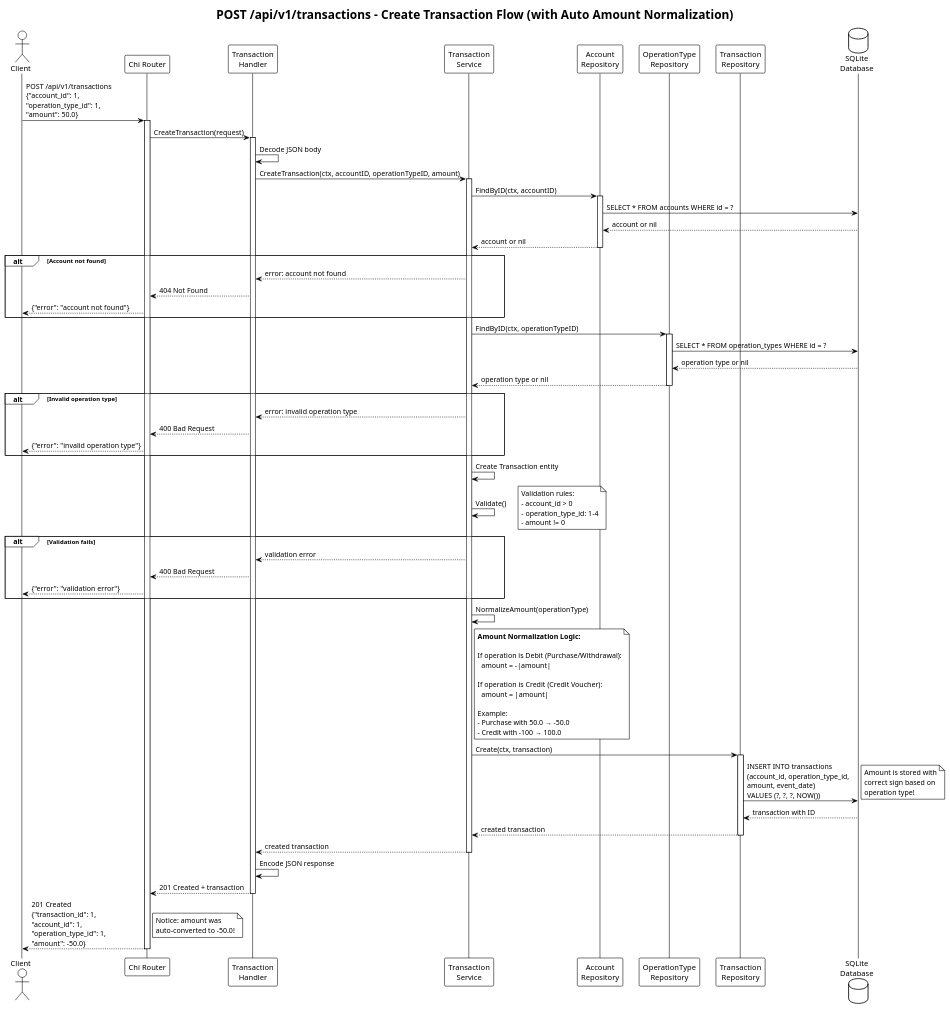
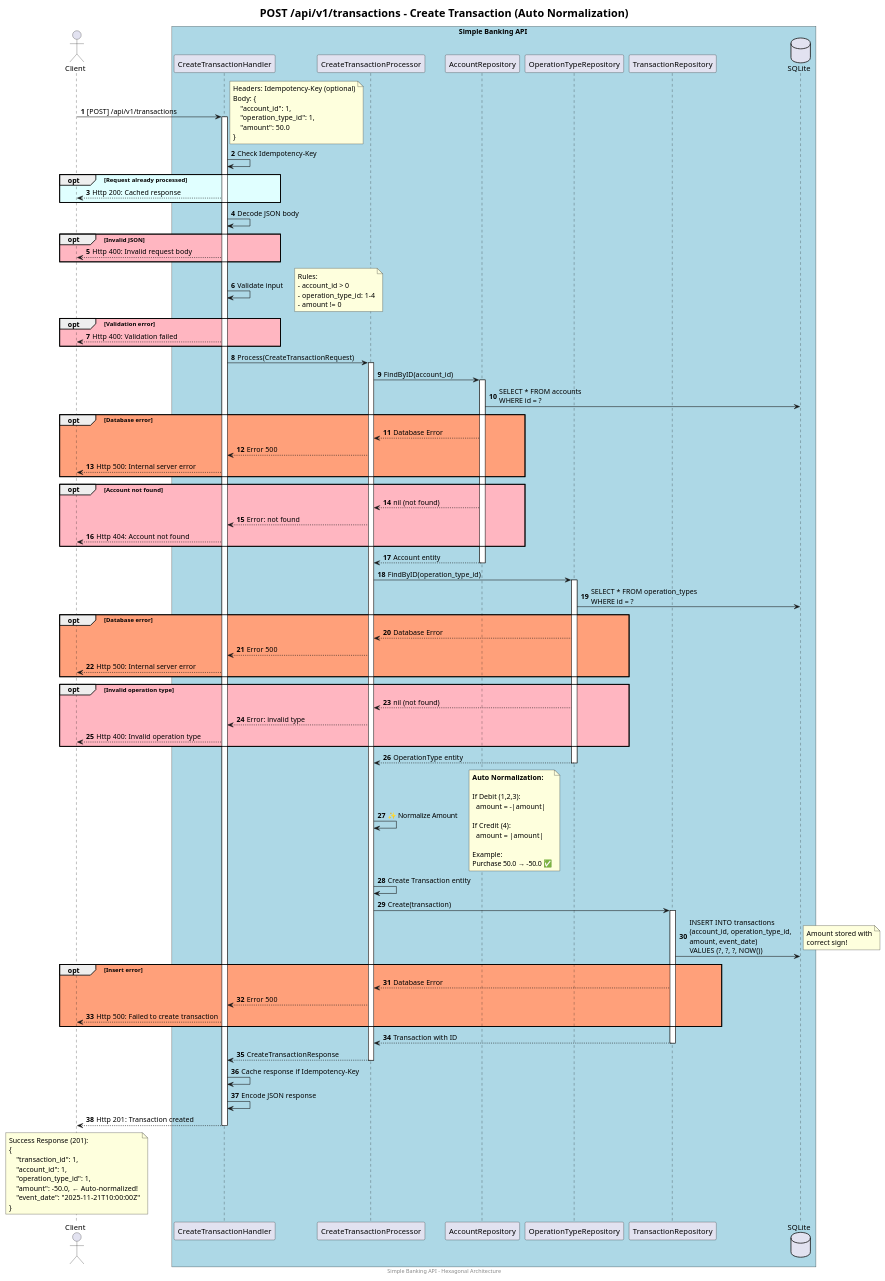
Before and after one commit to larissamartinsss/simple-banking-api: the diagram in docs/sequence-diagrams/endpoint-create-transaction.puml, drawn with PlantUML. The commit also changed 8 other files, not shown here.

Commit message:
update diagrams and generated image

```diff
--- a/docs/sequence-diagrams/endpoint-create-transaction.puml
+++ b/docs/sequence-diagrams/endpoint-create-transaction.puml
@@ -1,110 +1,144 @@
 @startuml create-transaction-sequence
-!theme plain
-title POST /api/v1/transactions - Create Transaction Flow (with Auto Amount Normalization)
+footer Simple Banking API - Hexagonal Architecture
+title <size:20>POST /api/v1/transactions - Create Transaction (Auto Normalization)</size>
+
+autonumber
 
 actor Client
-participant "Chi Router" as Router
-participant "Transaction\nHandler" as Handler
-participant "Transaction\nService" as Service
-participant "Account\nRepository" as AccRepo
-participant "OperationType\nRepository" as OpRepo
-participant "Transaction\nRepository" as TxRepo
-database "SQLite\nDatabase" as DB
 
-Client -> Router: POST /api/v1/transactions\n{"account_id": 1,\n"operation_type_id": 1,\n"amount": 50.0}
-activate Router
+box Simple Banking API #lightblue
+    participant "CreateTransactionHandler" as Handler
+    participant "CreateTransactionProcessor" as Processor
+    participant "AccountRepository" as AccRepo
+    participant "OperationTypeRepository" as OpRepo
+    participant "TransactionRepository" as TxRepo
+    database SQLite
+end box
 
-Router -> Handler: CreateTransaction(request)
+Client -> Handler: [POST] /api/v1/transactions
+note right
+    Headers: Idempotency-Key (optional)
+    Body: {
+        "account_id": 1,
+        "operation_type_id": 1,
+        "amount": 50.0
+    }
+end note
+
 activate Handler
 
-Handler -> Handler: Decode JSON body
-Handler -> Service: CreateTransaction(ctx, accountID, operationTypeID, amount)
-activate Service
+    Handler -> Handler: Check Idempotency-Key
+    opt #LightCyan Request already processed
+        Client <-- Handler: Http 200: Cached response
+    end
 
-' Validate Account
-Service -> AccRepo: FindByID(ctx, accountID)
-activate AccRepo
-AccRepo -> DB: SELECT * FROM accounts WHERE id = ?
-DB --> AccRepo: account or nil
-AccRepo --> Service: account or nil
-deactivate AccRepo
+    Handler -> Handler: Decode JSON body
+    opt #LightPink Invalid JSON
+        Client <-- Handler: Http 400: Invalid request body
+    end
 
-alt Account not found
-    Service --> Handler: error: account not found
-    Handler --> Router: 404 Not Found
-    Router --> Client: {"error": "account not found"}
-end
+    Handler -> Handler: Validate input
+    note right
+        Rules:
+        - account_id > 0
+        - operation_type_id: 1-4
+        - amount != 0
+    end note
+    
+    opt #LightPink Validation error
+        Client <-- Handler: Http 400: Validation failed
+    end
 
-' Validate Operation Type
-Service -> OpRepo: FindByID(ctx, operationTypeID)
-activate OpRepo
-OpRepo -> DB: SELECT * FROM operation_types WHERE id = ?
-DB --> OpRepo: operation type or nil
-OpRepo --> Service: operation type or nil
-deactivate OpRepo
+    Handler -> Processor: Process(CreateTransactionRequest)
+    activate Processor
 
-alt Invalid operation type
-    Service --> Handler: error: invalid operation type
-    Handler --> Router: 400 Bad Request
-    Router --> Client: {"error": "invalid operation type"}
-end
+        Processor -> AccRepo: FindByID(account_id)
+        activate AccRepo
+            AccRepo -> SQLite: SELECT * FROM accounts\nWHERE id = ?
+            
+            opt #LightSalmon Database error
+                Processor <-- AccRepo: Database Error
+                Handler <-- Processor: Error 500
+                Client <-- Handler: Http 500: Internal server error
+            end
+            
+            opt #LightPink Account not found
+                Processor <-- AccRepo: nil (not found)
+                Handler <-- Processor: Error: not found
+                Client <-- Handler: Http 404: Account not found
+            end
+            
+            Processor <-- AccRepo: Account entity
+        deactivate AccRepo
 
-' Create and Validate Transaction
-Service -> Service: Create Transaction entity
-Service -> Service: Validate()
-note right
-  Validation rules:
-  - account_id > 0
-  - operation_type_id: 1-4
-  - amount != 0
+        Processor -> OpRepo: FindByID(operation_type_id)
+        activate OpRepo
+            OpRepo -> SQLite: SELECT * FROM operation_types\nWHERE id = ?
+            
+            opt #LightSalmon Database error
+                Processor <-- OpRepo: Database Error
+                Handler <-- Processor: Error 500
+                Client <-- Handler: Http 500: Internal server error
+            end
+            
+            opt #LightPink Invalid operation type
+                Processor <-- OpRepo: nil (not found)
+                Handler <-- Processor: Error: invalid type
+                Client <-- Handler: Http 400: Invalid operation type
+            end
+            
+            Processor <-- OpRepo: OperationType entity
+        deactivate OpRepo
+
+        Processor -> Processor: ✨ Normalize Amount
+        note right
+            **Auto Normalization:**
+            
+            If Debit (1,2,3):
+              amount = -|amount|
+            
+            If Credit (4):
+              amount = |amount|
+            
+            Example:
+            Purchase 50.0 → -50.0 ✅
+        end note
+
+        Processor -> Processor: Create Transaction entity
+
+        Processor -> TxRepo: Create(transaction)
+        activate TxRepo
+            TxRepo -> SQLite: INSERT INTO transactions\n(account_id, operation_type_id,\namount, event_date)\nVALUES (?, ?, ?, NOW())
+            note right: Amount stored with\ncorrect sign!
+            
+            opt #LightSalmon Insert error
+                Processor <-- TxRepo: Database Error
+                Handler <-- Processor: Error 500
+                Client <-- Handler: Http 500: Failed to create transaction
+            end
+            
+            Processor <-- TxRepo: Transaction with ID
+        deactivate TxRepo
+
+        Handler <-- Processor: CreateTransactionResponse
+    deactivate Processor
+
+    Handler -> Handler: Cache response if Idempotency-Key
+    Handler -> Handler: Encode JSON response
+
+    Client <-- Handler: Http 201: Transaction created
+
+deactivate Handler
+
+note over Client
+    Success Response (201):
+    {
+        "transaction_id": 1,
+        "account_id": 1,
+        "operation_type_id": 1,
+        "amount": -50.0,  ← Auto-normalized!
+        "event_date": "2025-11-21T10:00:00Z"
+    }
 end note
 
-alt Validation fails
-    Service --> Handler: validation error
-    Handler --> Router: 400 Bad Request
-    Router --> Client: {"error": "validation error"}
-end
-
-' ✨ AUTOMATIC AMOUNT NORMALIZATION ✨
-Service -> Service: NormalizeAmount(operationType)
-note right Service
-  **Amount Normalization Logic:**
-  
-  If operation is Debit (Purchase/Withdrawal):
-    amount = -|amount|
-  
-  If operation is Credit (Credit Voucher):
-    amount = |amount|
-  
-  Example: 
-  - Purchase with 50.0 → -50.0
-  - Credit with -100 → 100.0
-end note
-
-Service -> TxRepo: Create(ctx, transaction)
-activate TxRepo
-TxRepo -> DB: INSERT INTO transactions\n(account_id, operation_type_id,\namount, event_date)\nVALUES (?, ?, ?, NOW())
-note right
-  Amount is stored with
-  correct sign based on
-  operation type!
-end note
-DB --> TxRepo: transaction with ID
-TxRepo --> Service: created transaction
-deactivate TxRepo
-
-Service --> Handler: created transaction
-deactivate Service
-
-Handler -> Handler: Encode JSON response
-Handler --> Router: 201 Created + transaction
-deactivate Handler
-
-Router --> Client: 201 Created\n{"transaction_id": 1,\n"account_id": 1,\n"operation_type_id": 1,\n"amount": -50.0}
-note right
-  Notice: amount was
-  auto-converted to -50.0!
-end note
-deactivate Router
-
 @enduml
```
